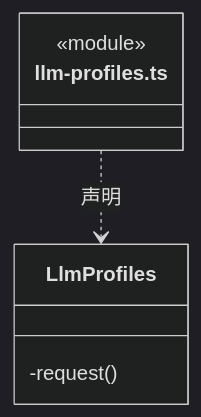
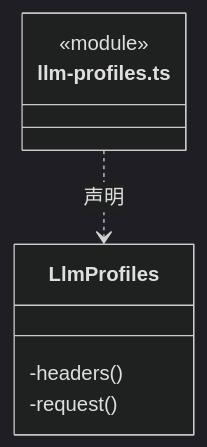
The fourth of 4 diagrams in src/backend/main/persistence/settings/ARCHITECTURE.md (nan023062/cbim), drawn with Mermaid (dark theme) before and after one commit. The commit also changed other lines of this file and 52 other files, not shown here.

````diff
--- a/src/backend/main/persistence/settings/ARCHITECTURE.md
+++ b/src/backend/main/persistence/settings/ARCHITECTURE.md
@@ -125,10 +125,11 @@
 ```mermaid
 classDiagram
 class N_src_backend_main_persistence_settings_llm_profiles_ts["llm-profiles.ts"] {
   <<module>>
 }
 class N_src_backend_main_persistence_settings_llm_profiles_ts_LlmProfiles["LlmProfiles"] {
+  -headers()
   -request()
 }
 N_src_backend_main_persistence_settings_llm_profiles_ts ..> N_src_backend_main_persistence_settings_llm_profiles_ts_LlmProfiles : 声明
 ```
````
